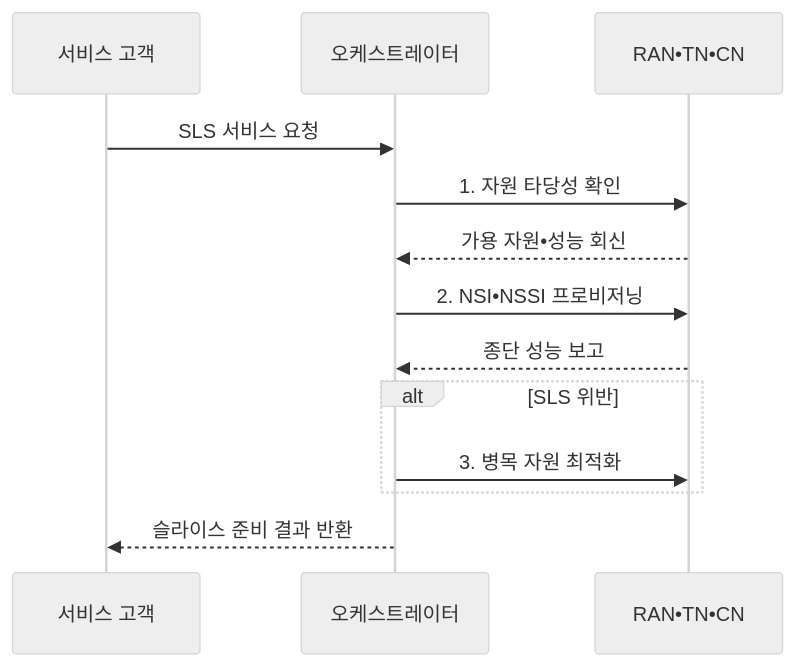
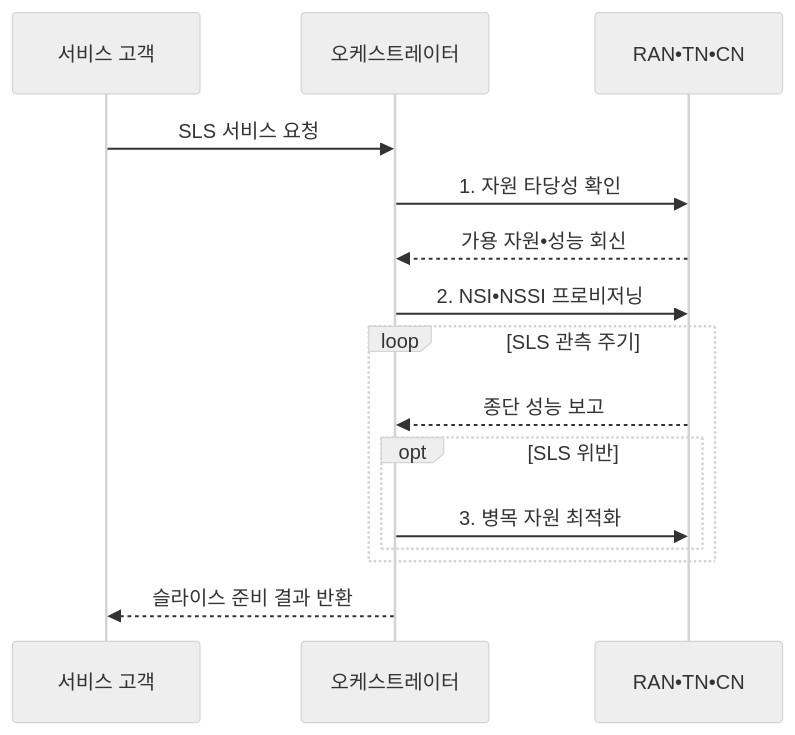
Before and after one commit to agnusdei1207/knowledge-base: the second of 2 diagrams in src/content/docs/notes/04-network/076_network_slice_resource_management.md, drawn with Mermaid (neutral theme). The commit also changed other lines of this file and 10 other files, not shown here.

````diff
--- a/src/content/docs/notes/04-network/076_network_slice_resource_management.md
+++ b/src/content/docs/notes/04-network/076_network_slice_resource_management.md
@@ -99,15 +99,17 @@
 ```mermaid
 sequenceDiagram
     participant C as 서비스 고객
     participant O as 오케스트레이터
     participant D as RAN•TN•CN
     C->>O: SLS 서비스 요청
     O->>D: 1. 자원 타당성 확인
     D-->>O: 가용 자원•성능 회신
     O->>D: 2. NSI•NSSI 프로비저닝
-    D-->>O: 종단 성능 보고
-    alt SLS 위반
-        O->>D: 3. 병목 자원 최적화
+    loop SLS 관측 주기
+        D-->>O: 종단 성능 보고
+        opt SLS 위반
+            O->>D: 3. 병목 자원 최적화
+        end
     end
     O-->>C: 슬라이스 준비 결과 반환
 ```
````
